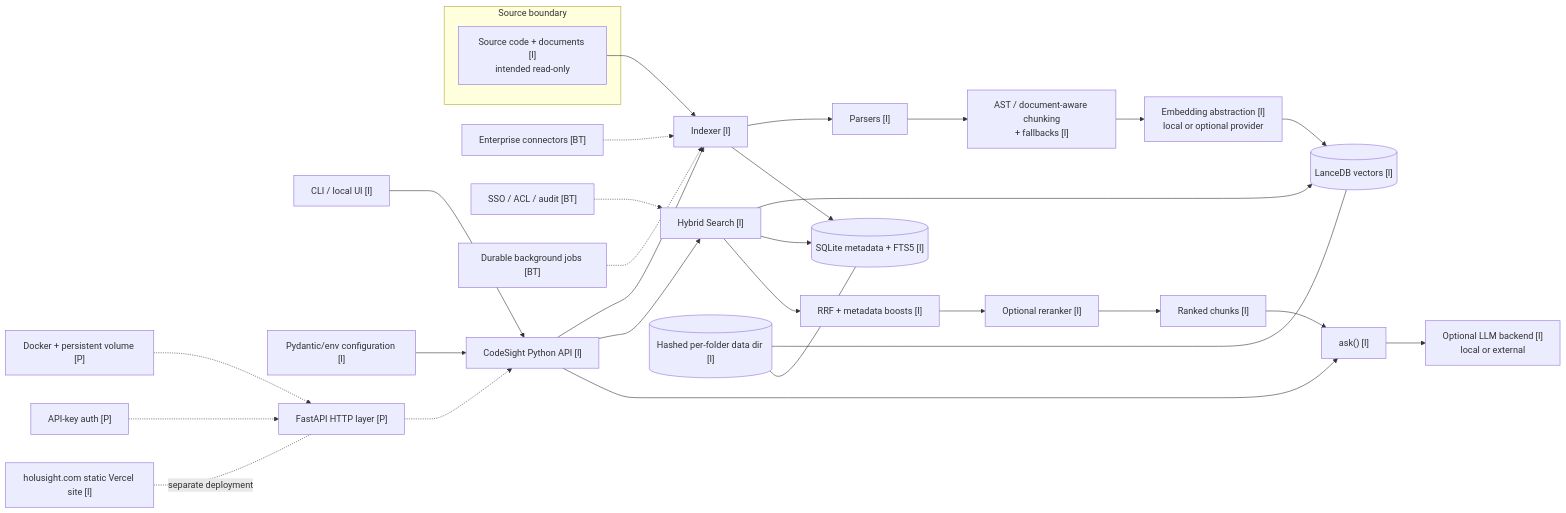
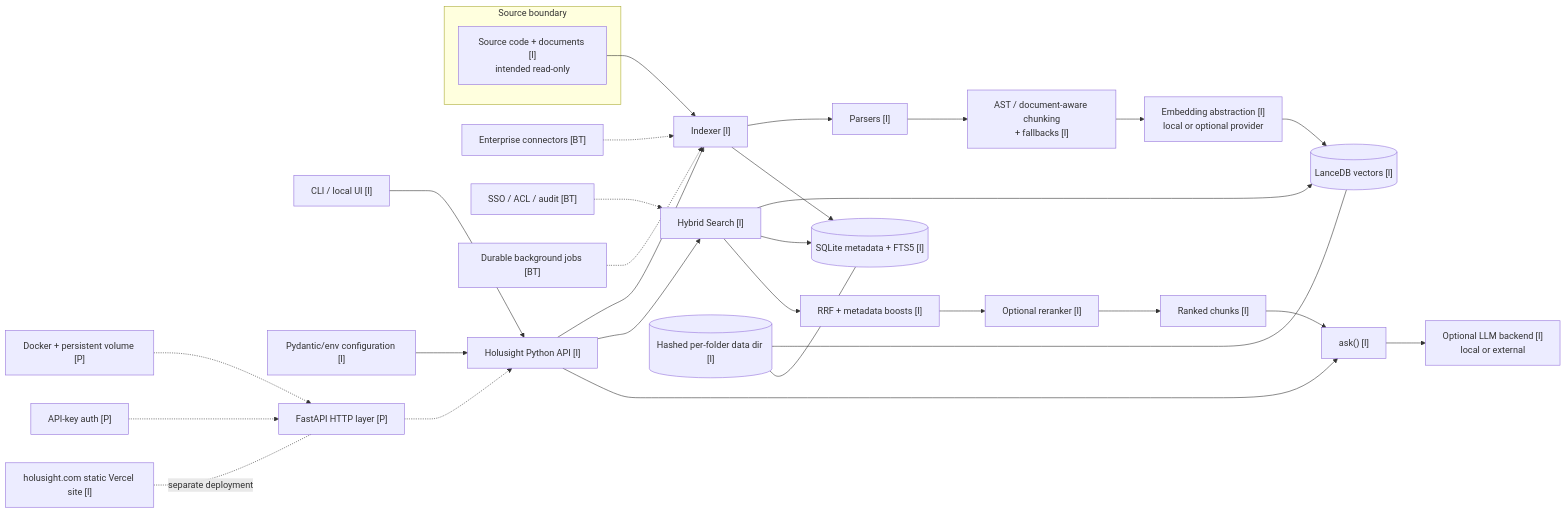
One commit to camilojourney/holusight changed the first of 4 diagrams in docs/research/gpt-deep-research/2026-08-14-holusight-infrastructure-graphify-architecture.md. Above: the diagram before and after it, drawn with Mermaid. The commit also changed other lines of this file and 203 other files, not shown here.

````diff
--- a/docs/research/gpt-deep-research/2026-08-14-holusight-infrastructure-graphify-architecture.md
+++ b/docs/research/gpt-deep-research/2026-08-14-holusight-infrastructure-graphify-architecture.md
@@ -92,44 +92,44 @@
 ```mermaid
 flowchart LR
     subgraph SRCB["Source boundary"]
         SRC["Source code + documents [I]\nintended read-only"]
     end
 
-    UI["CLI / local UI [I]"] --> API["CodeSight Python API [I]"]
+    UI["CLI / local UI [I]"] --> API["Holusight Python API [I]"]
     API --> IDX["Indexer [I]"]
 
     SRC --> IDX
     IDX --> PARSE["Parsers [I]"]
     PARSE --> CHUNK["AST / document-aware chunking\n+ fallbacks [I]"]
     CHUNK --> EMB["Embedding abstraction [I]\nlocal or optional provider"]
     EMB --> LANCE[("LanceDB vectors [I]")]
     IDX --> SQL[("SQLite metadata + FTS5 [I]")]
 
     API --> SEARCH["Hybrid Search [I]"]
     SEARCH --> LANCE
     SEARCH --> SQL
     SEARCH --> RRF["RRF + metadata boosts [I]"]
     RRF --> RERANK["Optional reranker [I]"]
     RERANK --> RESULTS["Ranked chunks [I]"]
 
     API --> ASK["ask() [I]"]
     RESULTS --> ASK
     ASK --> LLM["Optional LLM backend [I]\nlocal or external"]
 
     CFG["Pydantic/env configuration [I]"] --> API
 
     DATA[("Hashed per-folder data dir [I]")]
     DATA --- LANCE
     DATA --- SQL
 
     FAST["FastAPI HTTP layer [P]"] -.-> API
     DOCKER["Docker + persistent volume [P]"] -.-> FAST
     AUTH["API-key auth [P]"] -.-> FAST
 
     CONN["Enterprise connectors [BT]"] -.-> IDX
     ACL["SSO / ACL / audit [BT]"] -.-> SEARCH
     JOBS["Durable background jobs [BT]"] -.-> IDX
 
     SITE["holusight.com static Vercel site [I]"]
     SITE -. "separate deployment" .- FAST
 ```
````
